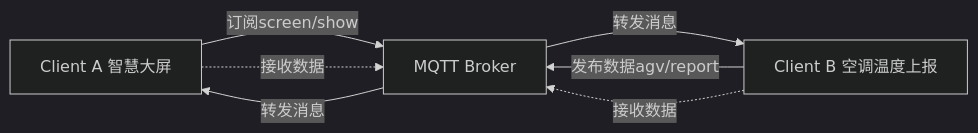
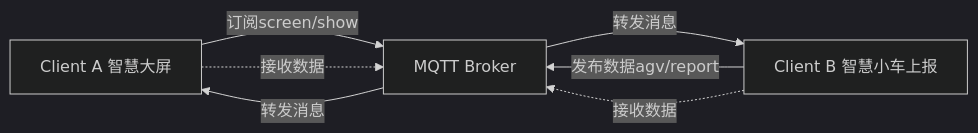
Before and after one commit to weiandedidi/netty-arch-demo: the diagram in src/main/java/com/qidi/nettyme/demos/mqtt/README.md, drawn with Mermaid (dark theme). The commit also changed other lines of this file and 7 other files, not shown here.

````diff
--- a/src/main/java/com/qidi/nettyme/demos/mqtt/README.md
+++ b/src/main/java/com/qidi/nettyme/demos/mqtt/README.md
@@ -23,12 +25,11 @@
 ```mermaid
 graph LR
     A[Client A 智慧大屏] -->|订阅screen/show| Broker[MQTT Broker]
-    B[Client B 空调温度上报] -->|发布数据agv/report| Broker
+    B[Client B 智慧小车上报] -->|发布数据agv/report| Broker
     Broker -->|转发消息| A
     Broker -->|转发消息| B
 
     A -.->|接收数据| Broker
     B -.->|接收数据| Broker
 
-
 ```
````
